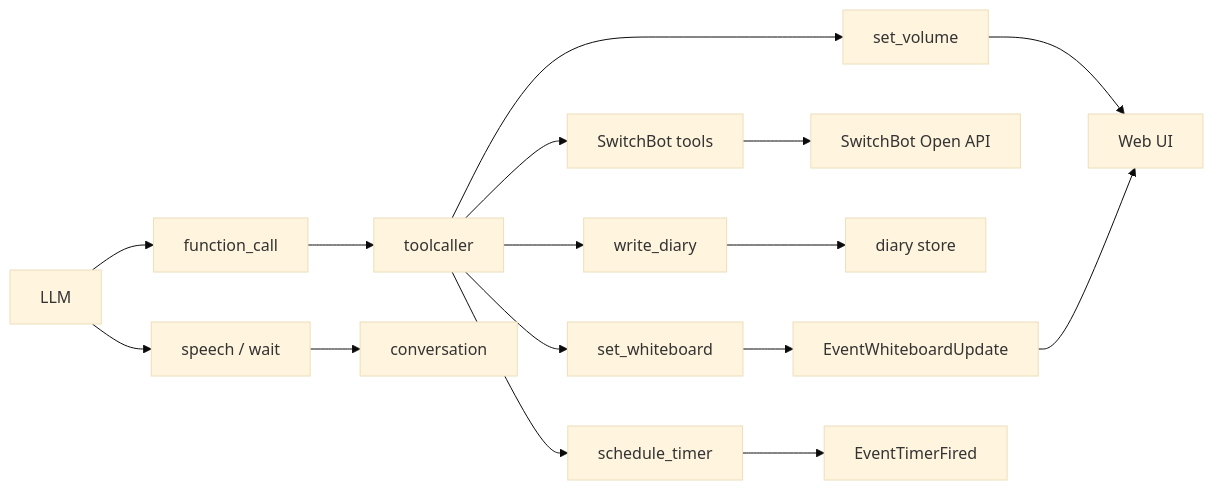
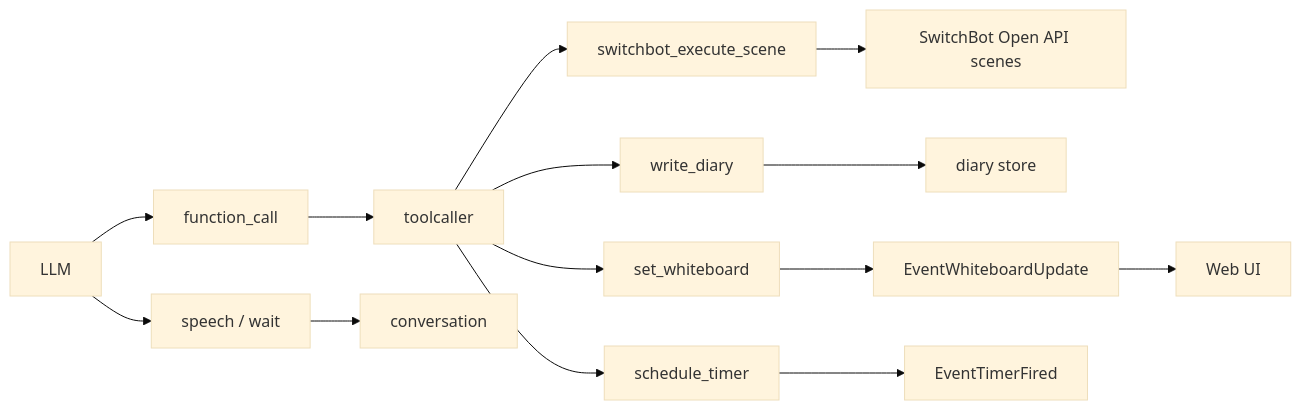
The diagram in docs/生活操作ツール群.md (tetetratra/smart-speaker), drawn with Mermaid (base theme) before and after one commit. The commit also changed other lines of this file and 10 other files, not shown here.

````diff
--- a/docs/生活操作ツール群.md
+++ b/docs/生活操作ツール群.md
@@ -80,18 +85,16 @@
 ```mermaid
 flowchart LR
 	LLM["LLM"] --> RESPJSON["speech / wait"]
 	LLM --> TOOLREQ["function_call"]
 	TOOLREQ --> TOOL["toolcaller"]
-	TOOL --> SB["SwitchBot tools"]
-	TOOL --> VOL["set_volume"]
+	TOOL --> SB["switchbot_execute_scene"]
 	TOOL --> TIMER["schedule_timer"]
 	TOOL --> WBTOOL["set_whiteboard"]
 	TOOL --> DIARY["write_diary"]
-	SB --> API["SwitchBot Open API"]
-	VOL --> UI["Web UI"]
+	SB --> API["SwitchBot Open API scenes"]
 	DIARY --> STORE["diary store"]
 	RESPJSON --> CONV["conversation"]
 	WBTOOL --> WB["EventWhiteboardUpdate"]
-	WB --> UI
+	WB --> UI["Web UI"]
 	TIMER --> EVT["EventTimerFired"]
 ```
````
